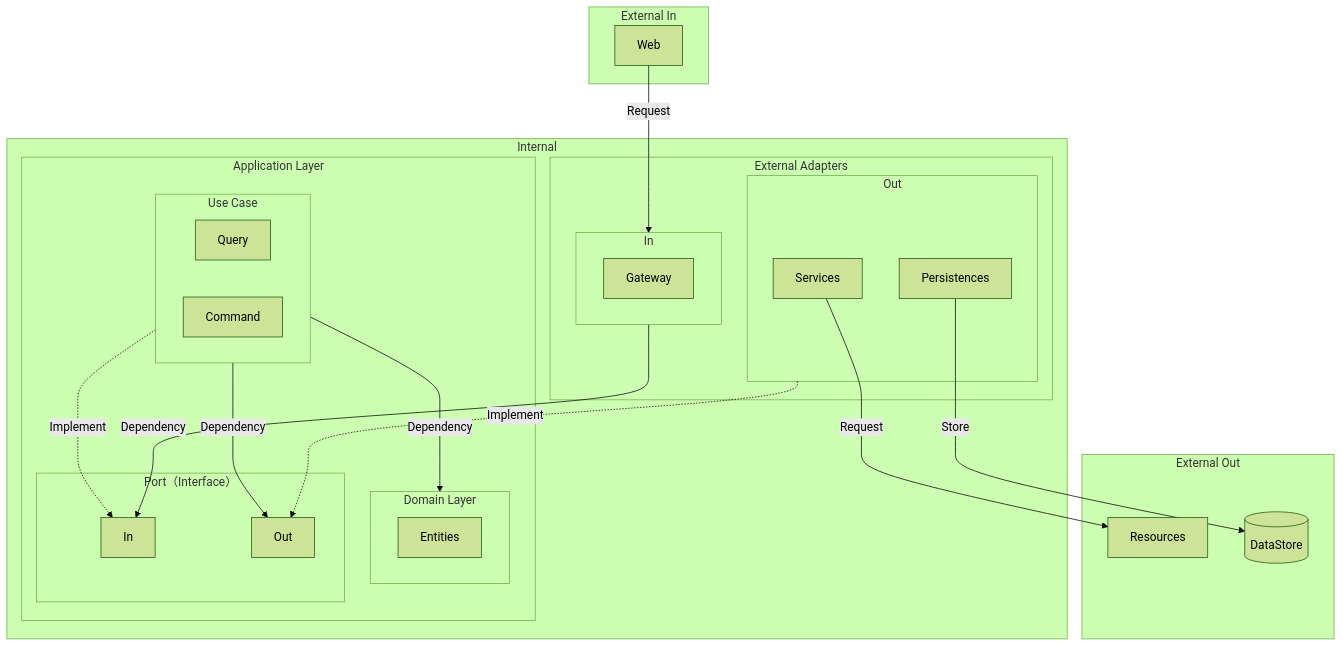
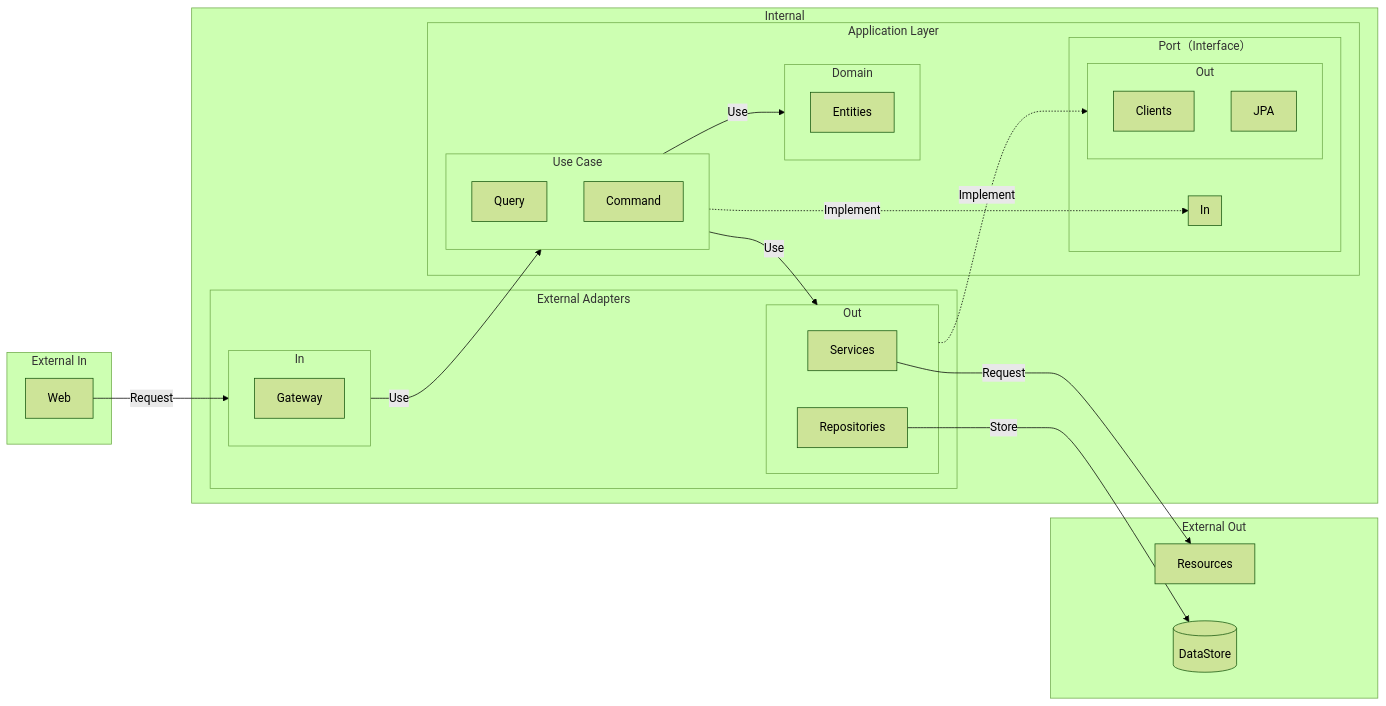
One commit to axuanhogan/system-architecture-notes changed the diagram in README.md. Above: the diagram before and after it, drawn with Mermaid (forest theme). The commit also changed other lines of this file, not shown here.

````diff
--- a/README.md
+++ b/README.md
@@ -6,47 +7,51 @@
 ```mermaid
-  graph TB
-  	subgraph Internal
-  		subgraph application-layer[Application Layer]
-  			subgraph domain-layer[Domain Layer]
-  				Entities
-  			end
-  			subgraph use-case[Use Case]
-  				query[Query]
-  				command[Command]
-  			end
-  			subgraph port[Port（Interface）]
-  				application-layer-port-in[In]
-  				application-layer-port-out[Out]
-  			end
-  		end
-  		
-  		subgraph external-adapters[External Adapters]
-  			subgraph external-adapters-in[In]
-  				external-adapters-in-Gateway[Gateway]
-  			end
-  			subgraph external-adapters-out[Out]
-  				Services
-  				Persistences
-  			end
-  		end
-  	end
-  		
-  	subgraph External Out
-  		resources[Resources]
-  		data-store[(DataStore)]
-  	end
-  		
-  	subgraph External In
-  		web[Web]
-  	end
-  	
-  	use-case -- Dependency --> domain-layer
-  	use-case -. Implement .-> application-layer-port-in
-  	use-case -- Dependency --> application-layer-port-out
-  	external-adapters-in -- Dependency --> application-layer-port-in
-  	external-adapters-out -. Implement .-> application-layer-port-out
-  	
-  	web -- Request --> external-adapters-in
-  	Persistences -- Store --> data-store
-  	Services -- Request --> resources
+graph LR
+	subgraph Internal
+		subgraph application-layer[Application Layer]
+			subgraph domain[Domain]
+				Entities
+			end
+			subgraph use-case[Use Case]
+				query[Query]
+				command[Command]
+			end
+			subgraph port[Port（Interface）]
+				subgraph application-layer-port-in[In]
+				end
+				subgraph application-layer-port-out[Out]
+					Clients
+					JPA
+				end
+			end
+		end
+		
+		subgraph external-adapters[External Adapters]
+			subgraph external-adapters-in[In]
+				external-adapters-in-Gateway[Gateway]
+			end
+			subgraph external-adapters-out[Out]
+				Services
+				Repositories
+			end
+		end
+	end
+		
+	subgraph External Out
+		resources[Resources]
+		data-store[(DataStore)]
+	end
+		
+	subgraph External In
+		web[Web]
+	end
+	
+	use-case -- Use --> domain
+	use-case -. Implement .-> application-layer-port-in
+	use-case -- Use --> external-adapters-out
+	external-adapters-in -- Use --> use-case
+	external-adapters-out -. Implement .-> application-layer-port-out
+	
+	web -- Request --> external-adapters-in
+	Repositories -- Store --> data-store
+	Services-- Request --> resources
 ```
````
